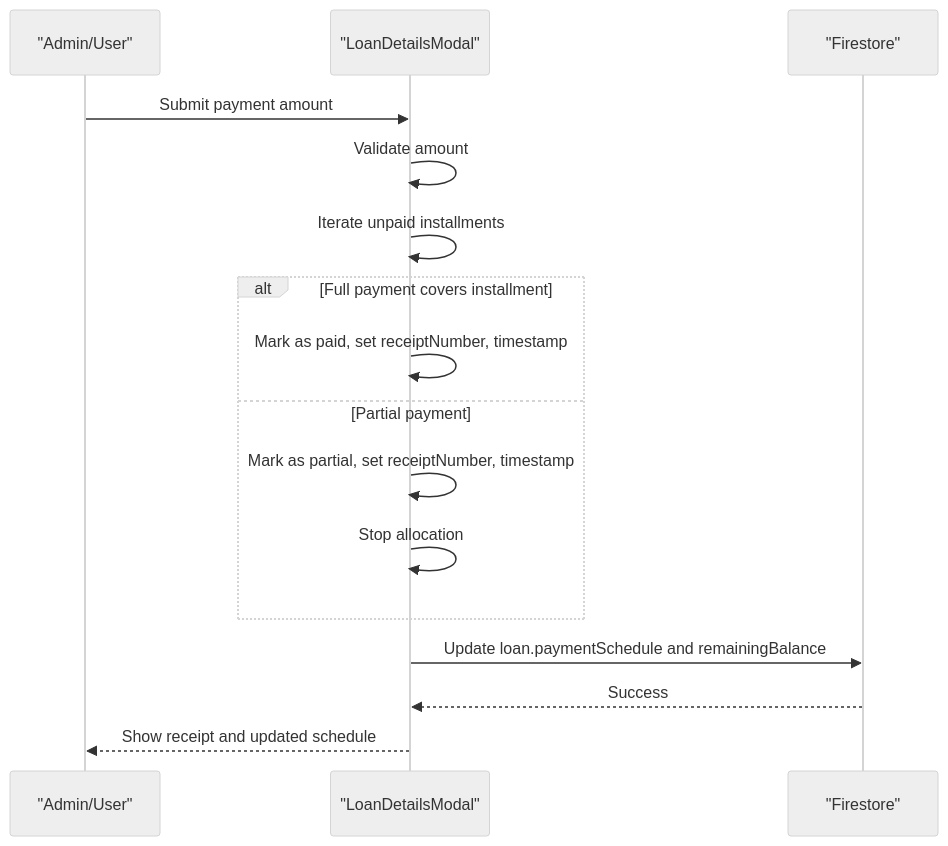
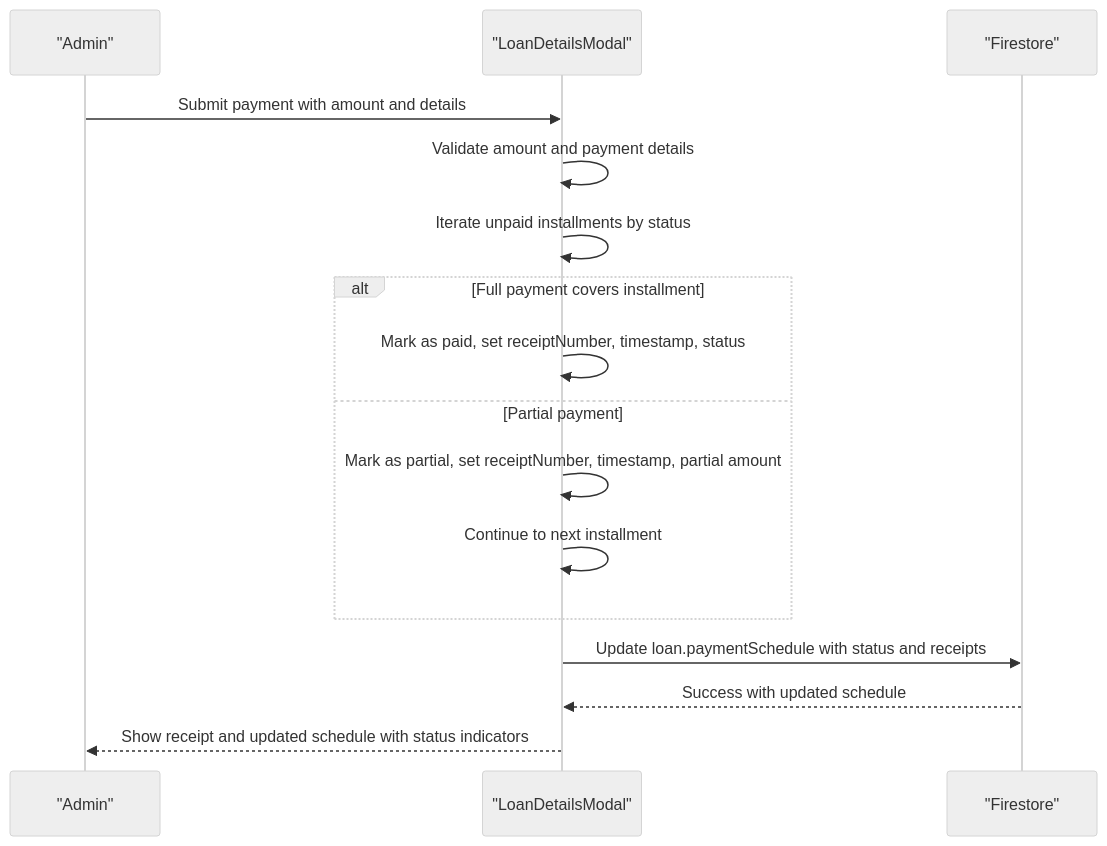
The fifth of 8 diagrams in .qoder/repowiki/en/content/Loan Management System/Loan Repayment System.md (Unsure-bry/sampacoop_system), drawn with Mermaid (neutral theme) before and after one commit. The commit also changed other lines of this file and 6 other files, not shown here.

Commit message:
Amortization Table changes and Remaining Balance Sychronization

````diff
--- a/.qoder/repowiki/en/content/Loan Management System/Loan Repayment System.md
+++ b/.qoder/repowiki/en/content/Loan Management System/Loan Repayment System.md
@@ -212,18 +232,18 @@
 ```mermaid
 sequenceDiagram
-participant Admin as "Admin/User"
+participant Admin as "Admin"
 participant Modal as "LoanDetailsModal"
 participant FS as "Firestore"
-Admin->>Modal : Submit payment amount
-Modal->>Modal : Validate amount
-Modal->>Modal : Iterate unpaid installments
+Admin->>Modal : Submit payment with amount and details
+Modal->>Modal : Validate amount and payment details
+Modal->>Modal : Iterate unpaid installments by status
 alt Full payment covers installment
-Modal->>Modal : Mark as paid, set receiptNumber, timestamp
+Modal->>Modal : Mark as paid, set receiptNumber, timestamp, status
 else Partial payment
-Modal->>Modal : Mark as partial, set receiptNumber, timestamp
-Modal->>Modal : Stop allocation
+Modal->>Modal : Mark as partial, set receiptNumber, timestamp, partial amount
+Modal->>Modal : Continue to next installment
 end
-Modal->>FS : Update loan.paymentSchedule and remainingBalance
-FS-->>Modal : Success
-Modal-->>Admin : Show receipt and updated schedule
+Modal->>FS : Update loan.paymentSchedule with status and receipts
+FS-->>Modal : Success with updated schedule
+Modal-->>Admin : Show receipt and updated schedule with status indicators
 ```
````
